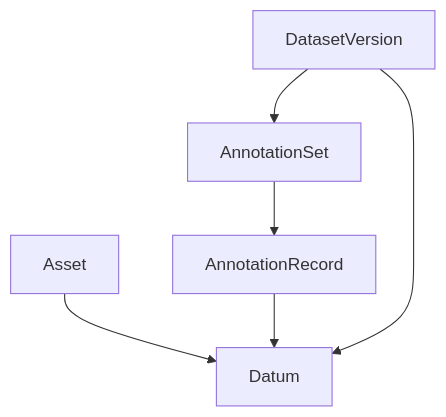
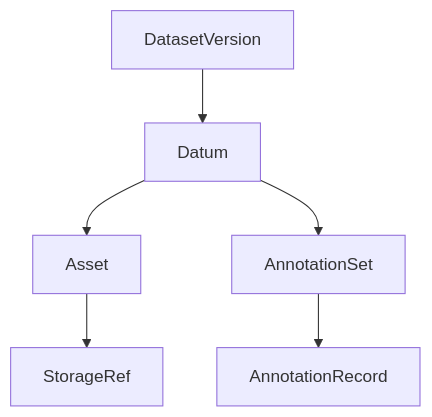
Before and after one commit to Mindtrace/mindtrace: the third of 7 diagrams in docs/datalake-v3-proposal.md, drawn with Mermaid. The commit also changed other lines of this file, not shown here.

````diff
--- a/docs/datalake-v3-proposal.md
+++ b/docs/datalake-v3-proposal.md
@@ -591,8 +595,8 @@
 ```mermaid
 flowchart TD
-    A[Asset] --> D[Datum]
-    AS[AnnotationSet] --> AR[AnnotationRecord]
-    AR --> D
-    DV[DatasetVersion] --> D
-    DV --> AS
+    DV[DatasetVersion] --> D[Datum]
+    D --> A[Asset]
+    D --> AS[AnnotationSet]
+    AS --> AR[AnnotationRecord]
+    A --> SR[StorageRef]
 ```
````
